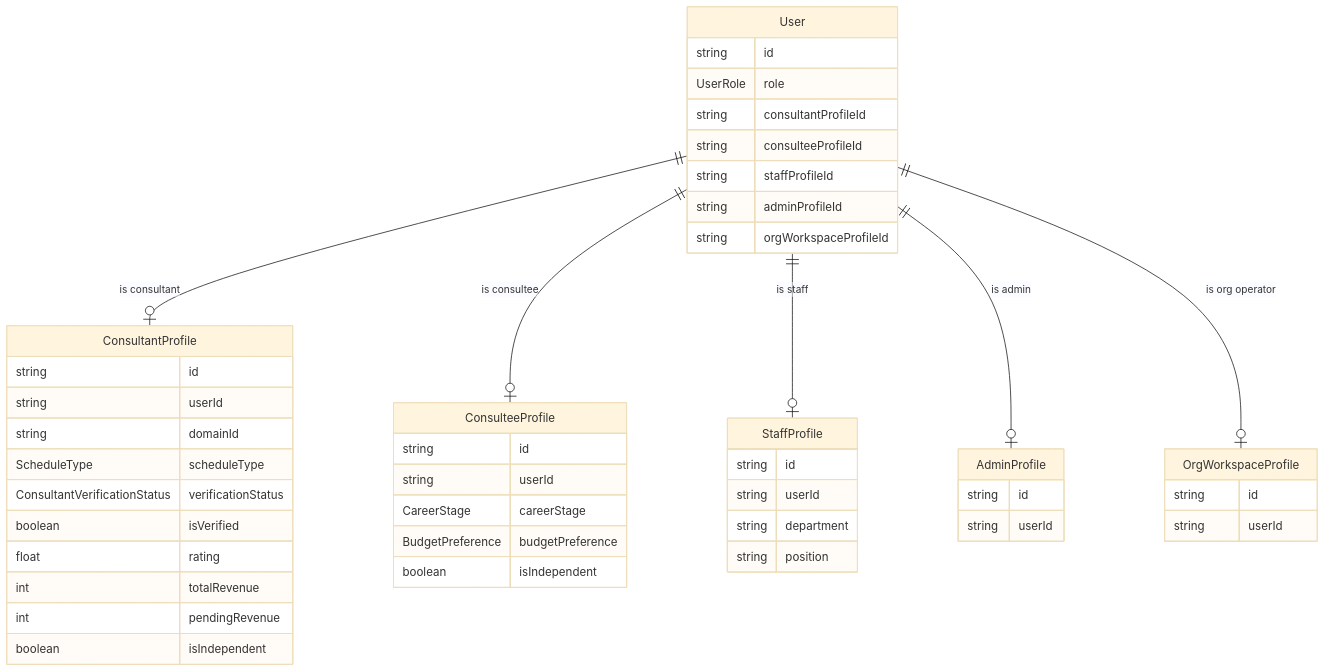
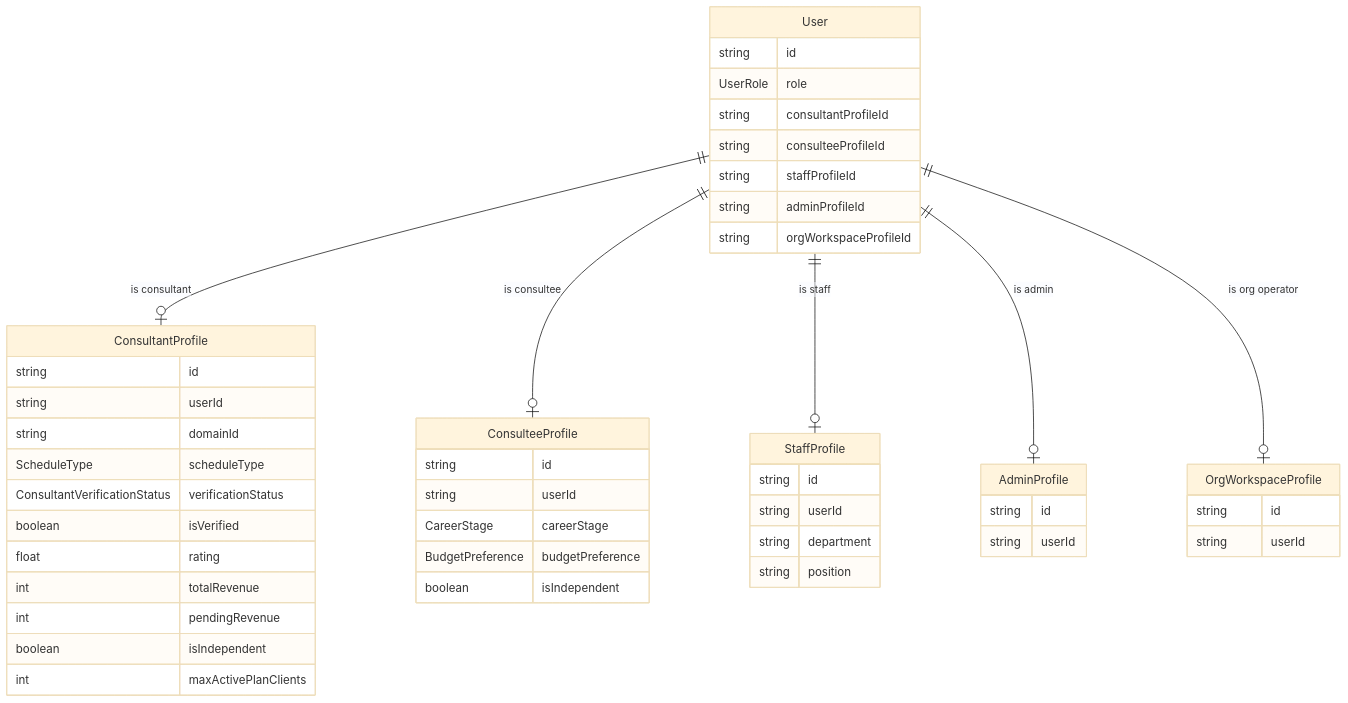
The third of 24 diagrams in docs/prisma/00-schema-map.md (Practitionist/familiarise_web), drawn with Mermaid (base theme) before and after one commit. The commit also changed 3 other files, not shown here.

First line of the commit message:
feat(schema): ConsultantProfile.maxActivePlanClients, an expert's limit on live plan clients

````diff
--- a/docs/prisma/00-schema-map.md
+++ b/docs/prisma/00-schema-map.md
@@ -242,51 +242,52 @@
 ```mermaid
 erDiagram
     User {
         string id
         UserRole role
         string consultantProfileId
         string consulteeProfileId
         string staffProfileId
         string adminProfileId
         string orgWorkspaceProfileId
     }
     ConsultantProfile {
         string id
         string userId
         string domainId
         ScheduleType scheduleType
         ConsultantVerificationStatus verificationStatus
         boolean isVerified
         float rating
         int totalRevenue
         int pendingRevenue
         boolean isIndependent
+        int maxActivePlanClients
     }
     ConsulteeProfile {
         string id
         string userId
         CareerStage careerStage
         BudgetPreference budgetPreference
         boolean isIndependent
     }
     StaffProfile {
         string id
         string userId
         string department
         string position
     }
     AdminProfile {
         string id
         string userId
     }
     OrgWorkspaceProfile {
         string id
         string userId
     }
 
     User ||--o| ConsultantProfile : "is consultant"
     User ||--o| ConsulteeProfile : "is consultee"
     User ||--o| StaffProfile : "is staff"
     User ||--o| AdminProfile : "is admin"
     User ||--o| OrgWorkspaceProfile : "is org operator"
 ```
````
